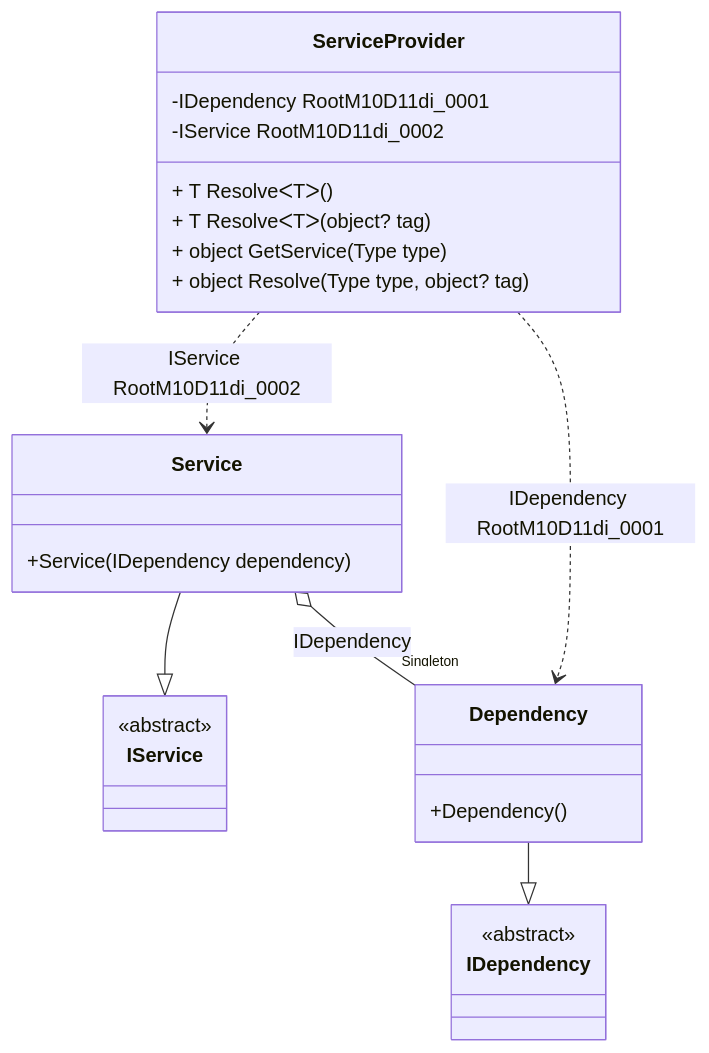
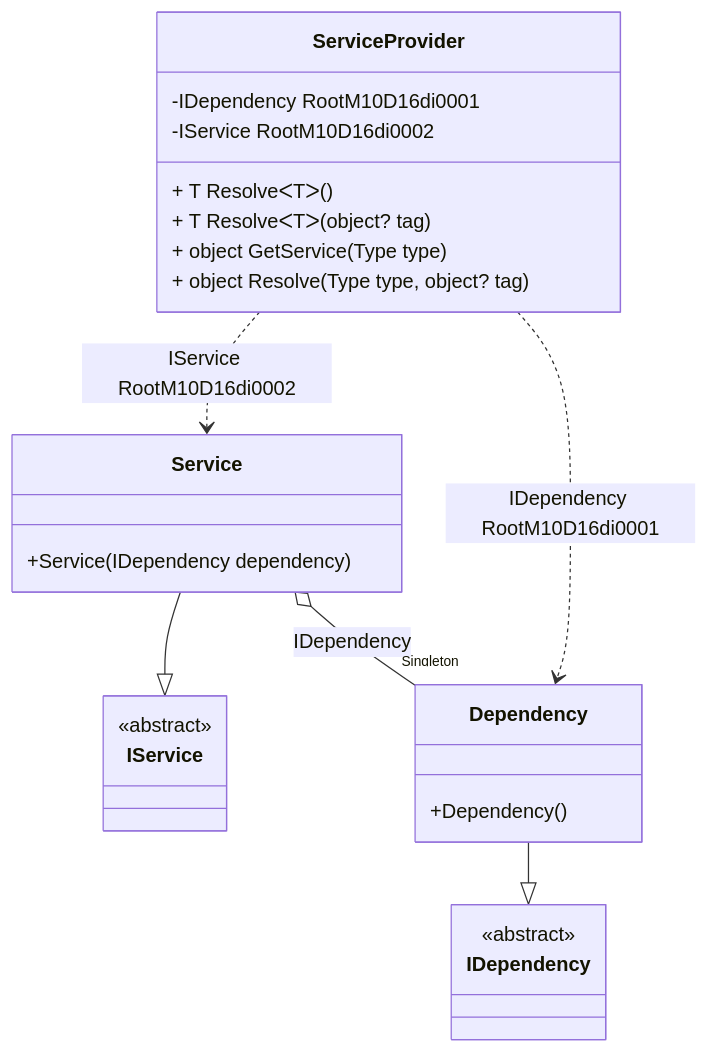
The diagram in readme/service-provider.md (DevTeam/Pure.DI), drawn with Mermaid before and after one commit. The commit also changed other lines of this file and 65 other files, not shown here.

````diff
--- a/readme/service-provider.md
+++ b/readme/service-provider.md
@@ -49,28 +49,28 @@
 ```mermaid
 classDiagram
   class ServiceProvider {
-    -IDependency RootM10D11di_0001
-    -IService RootM10D11di_0002
+    -IDependency RootM10D16di0001
+    -IService RootM10D16di0002
     + T ResolveᐸTᐳ()
     + T ResolveᐸTᐳ(object? tag)
     + object GetService(Type type)
     + object Resolve(Type type, object? tag)
   }
   Service --|> IService : 
   class Service {
     +Service(IDependency dependency)
   }
   Dependency --|> IDependency : 
   class Dependency {
     +Dependency()
   }
   class IService {
     <<abstract>>
   }
   class IDependency {
     <<abstract>>
   }
   Service o--  "Singleton" Dependency : IDependency
-  ServiceProvider ..> Dependency : IDependency RootM10D11di_0001
-  ServiceProvider ..> Service : IService RootM10D11di_0002
+  ServiceProvider ..> Dependency : IDependency RootM10D16di0001
+  ServiceProvider ..> Service : IService RootM10D16di0002
 ```
````
